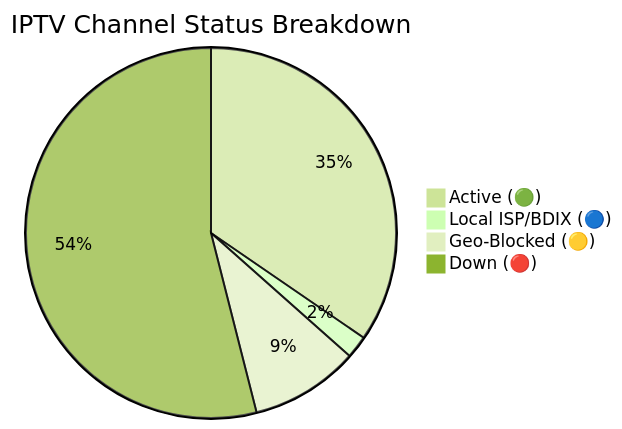
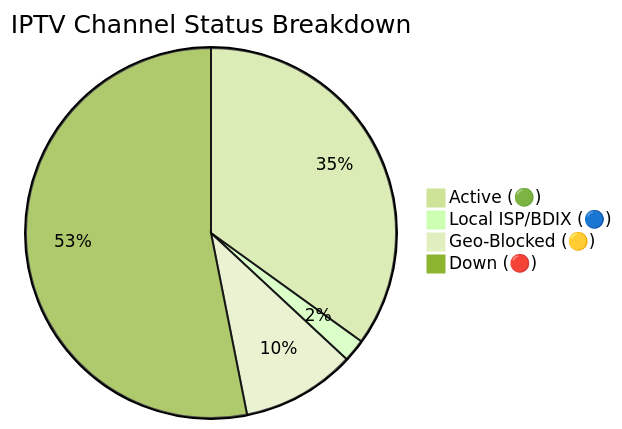
One commit to andreataylord/Ip-tv-Collection changed the diagram in README.md. Above: the diagram before and after it, drawn with Mermaid (forest theme). The commit also changed other lines of this file and 1 other file, not shown here.

Commit message:
docs(readme): auto-update daily channel status chart

````diff
--- a/README.md
+++ b/README.md
@@ -59,7 +59,7 @@
 ```mermaid
 pie title IPTV Channel Status Breakdown
-    "Active (🟢)" : 2231
+    "Active (🟢)" : 2255
     "Local ISP/BDIX (🔵)" : 128
-    "Geo-Blocked (🟡)" : 612
-    "Down (🔴)" : 3482
+    "Geo-Blocked (🟡)" : 642
+    "Down (🔴)" : 3428
 ```
````
